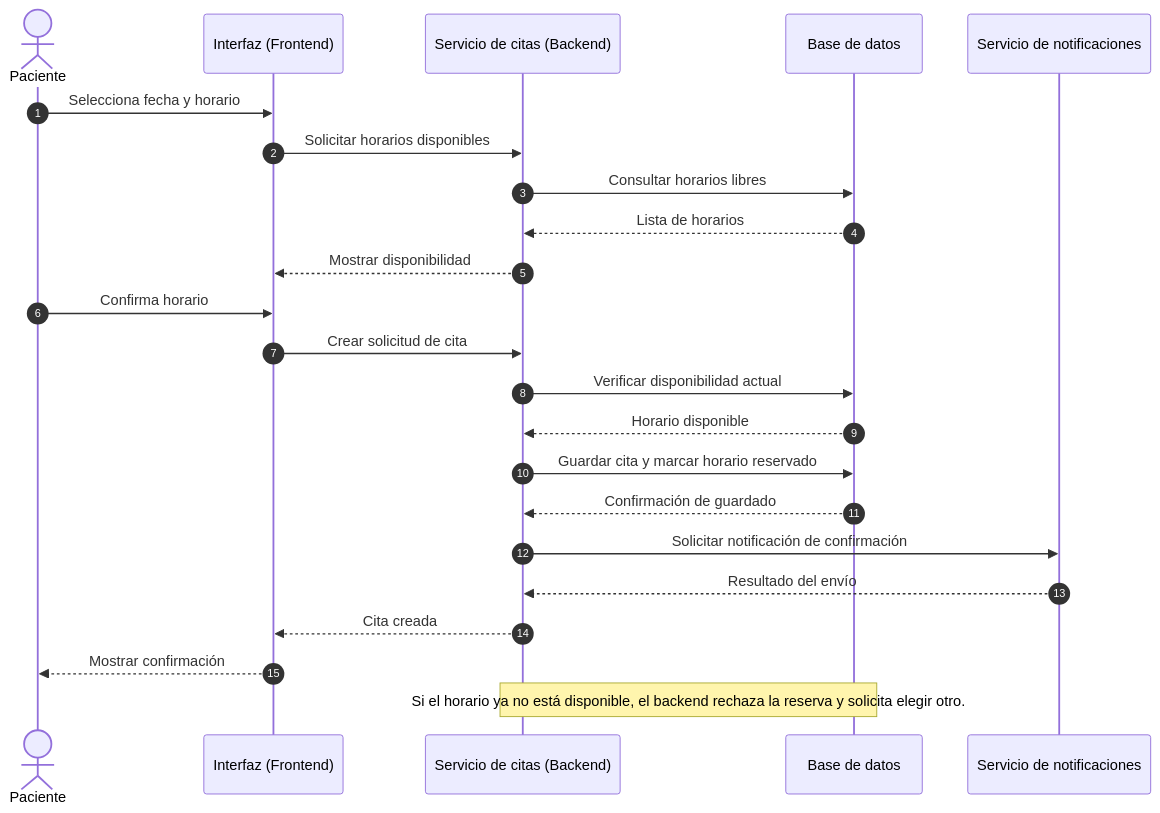
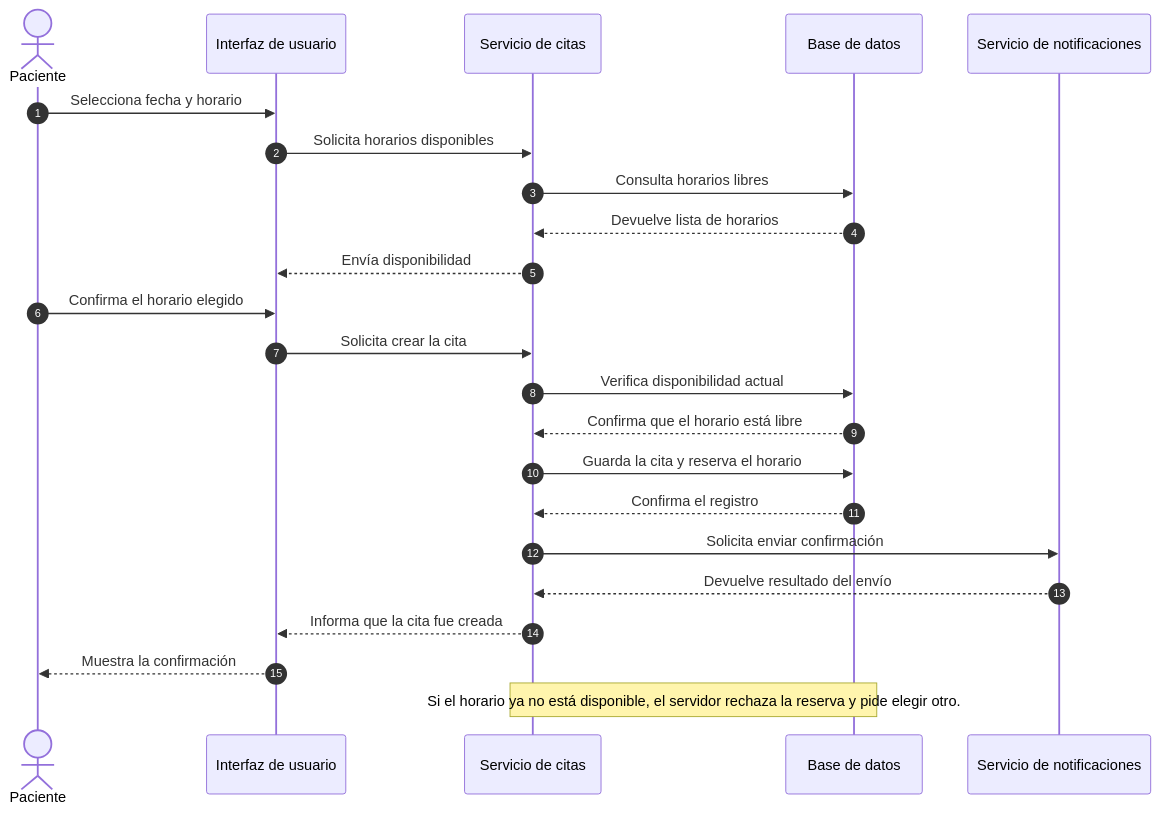
Before and after one commit to AlanRGG/sistema-citas-medicas: the diagram in docs/uml/03-diagrama-de-secuencia.mmd, drawn with Mermaid.

Commit message:
docs: traducir diagrama de secuencia al español

```diff
--- a/docs/uml/03-diagrama-de-secuencia.mmd
+++ b/docs/uml/03-diagrama-de-secuencia.mmd
@@ -1,25 +1,25 @@
 sequenceDiagram
     autonumber
     actor Paciente
-    participant UI as Interfaz (Frontend)
-    participant API as Servicio de citas (Backend)
+    participant UI as Interfaz de usuario
+    participant API as Servicio de citas
     participant DB as Base de datos
     participant NOTI as Servicio de notificaciones
 
     Paciente->>UI: Selecciona fecha y horario
-    UI->>API: Solicitar horarios disponibles
-    API->>DB: Consultar horarios libres
-    DB-->>API: Lista de horarios
-    API-->>UI: Mostrar disponibilidad
-    Paciente->>UI: Confirma horario
-    UI->>API: Crear solicitud de cita
-    API->>DB: Verificar disponibilidad actual
-    DB-->>API: Horario disponible
-    API->>DB: Guardar cita y marcar horario reservado
-    DB-->>API: Confirmación de guardado
-    API->>NOTI: Solicitar notificación de confirmación
-    NOTI-->>API: Resultado del envío
-    API-->>UI: Cita creada
-    UI-->>Paciente: Mostrar confirmación
+    UI->>API: Solicita horarios disponibles
+    API->>DB: Consulta horarios libres
+    DB-->>API: Devuelve lista de horarios
+    API-->>UI: Envía disponibilidad
+    Paciente->>UI: Confirma el horario elegido
+    UI->>API: Solicita crear la cita
+    API->>DB: Verifica disponibilidad actual
+    DB-->>API: Confirma que el horario está libre
+    API->>DB: Guarda la cita y reserva el horario
+    DB-->>API: Confirma el registro
+    API->>NOTI: Solicita enviar confirmación
+    NOTI-->>API: Devuelve resultado del envío
+    API-->>UI: Informa que la cita fue creada
+    UI-->>Paciente: Muestra la confirmación
 
-    Note over API,DB: Si el horario ya no está disponible, el backend rechaza la reserva y solicita elegir otro.
+    Note over API,DB: Si el horario ya no está disponible, el servidor rechaza la reserva y pide elegir otro.
```
